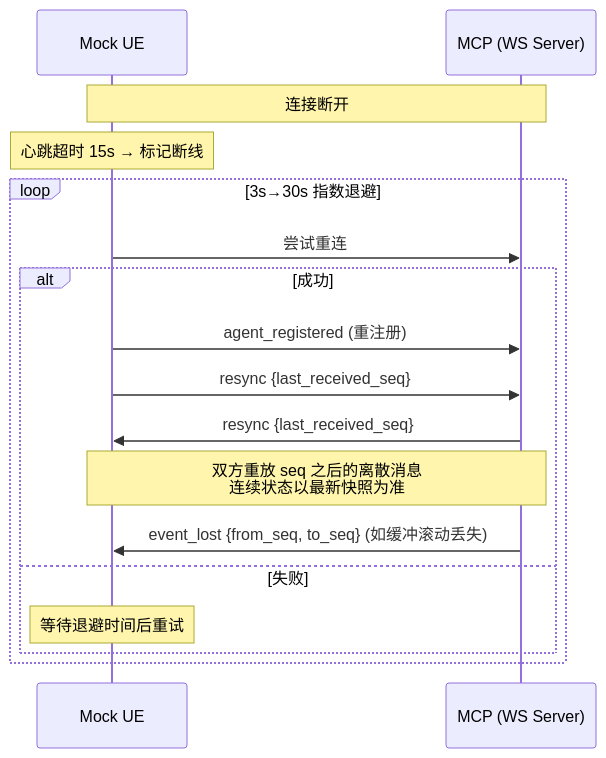
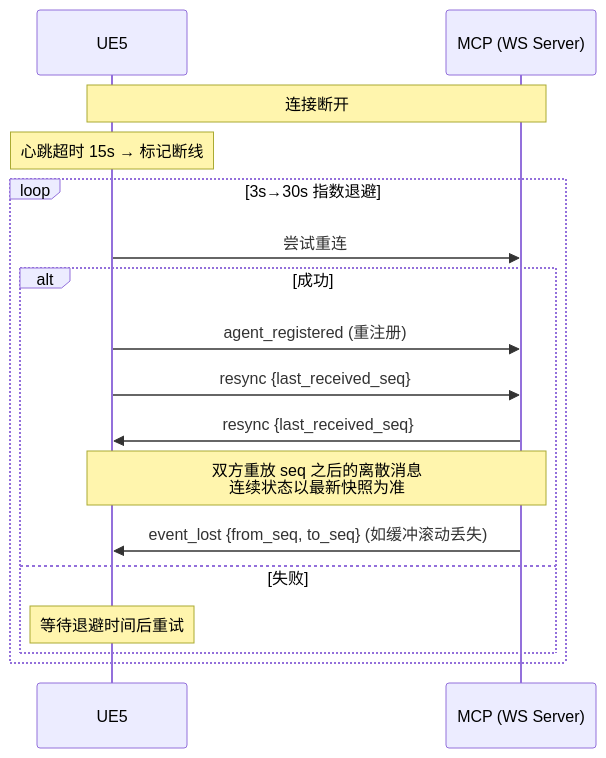
Before and after one commit to yitian-chen/SmartNPC: the fifth of 5 diagrams in CODEBUDDY.md, drawn with Mermaid. The commit also changed other lines of this file, not shown here.

````diff
--- a/CODEBUDDY.md
+++ b/CODEBUDDY.md
@@ -518,19 +526,19 @@
 ```mermaid
 sequenceDiagram
-    participant UE as Mock UE
+    participant UE as UE5
     participant MCP as MCP (WS Server)
     Note over UE,MCP: 连接断开
     Note over UE: 心跳超时 15s → 标记断线
     loop 3s→30s 指数退避
         UE->>MCP: 尝试重连
         alt 成功
             UE->>MCP: agent_registered (重注册)
             UE->>MCP: resync {last_received_seq}
             MCP->>UE: resync {last_received_seq}
             Note over UE,MCP: 双方重放 seq 之后的离散消息<br/>连续状态以最新快照为准
             MCP->>UE: event_lost {from_seq, to_seq} (如缓冲滚动丢失)
         else 失败
             Note over UE: 等待退避时间后重试
         end
     end
 ```
````
